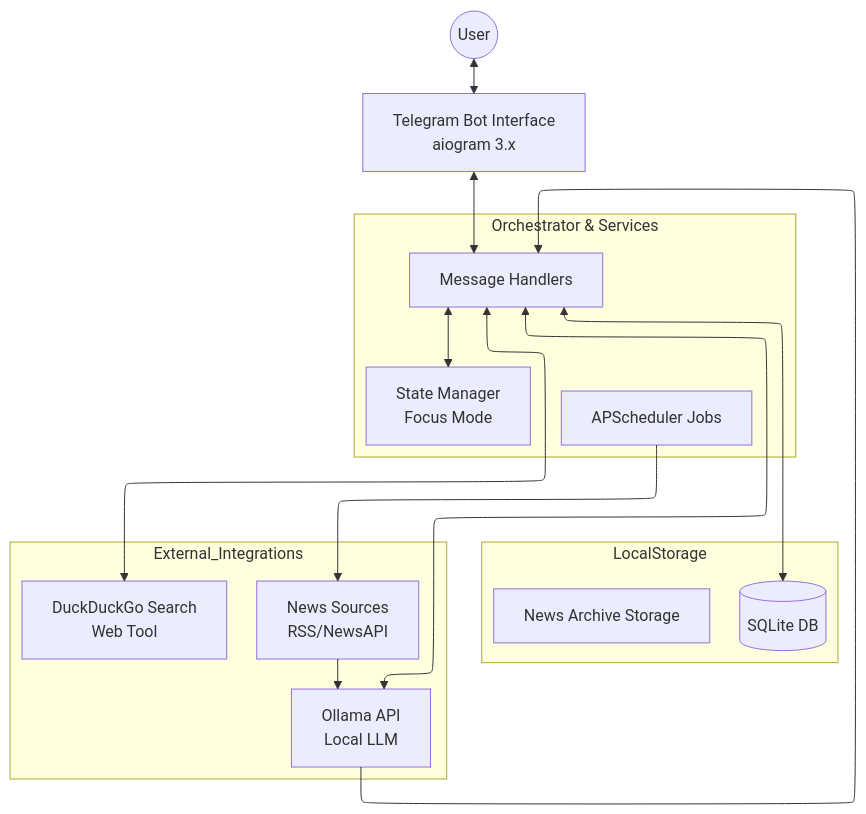
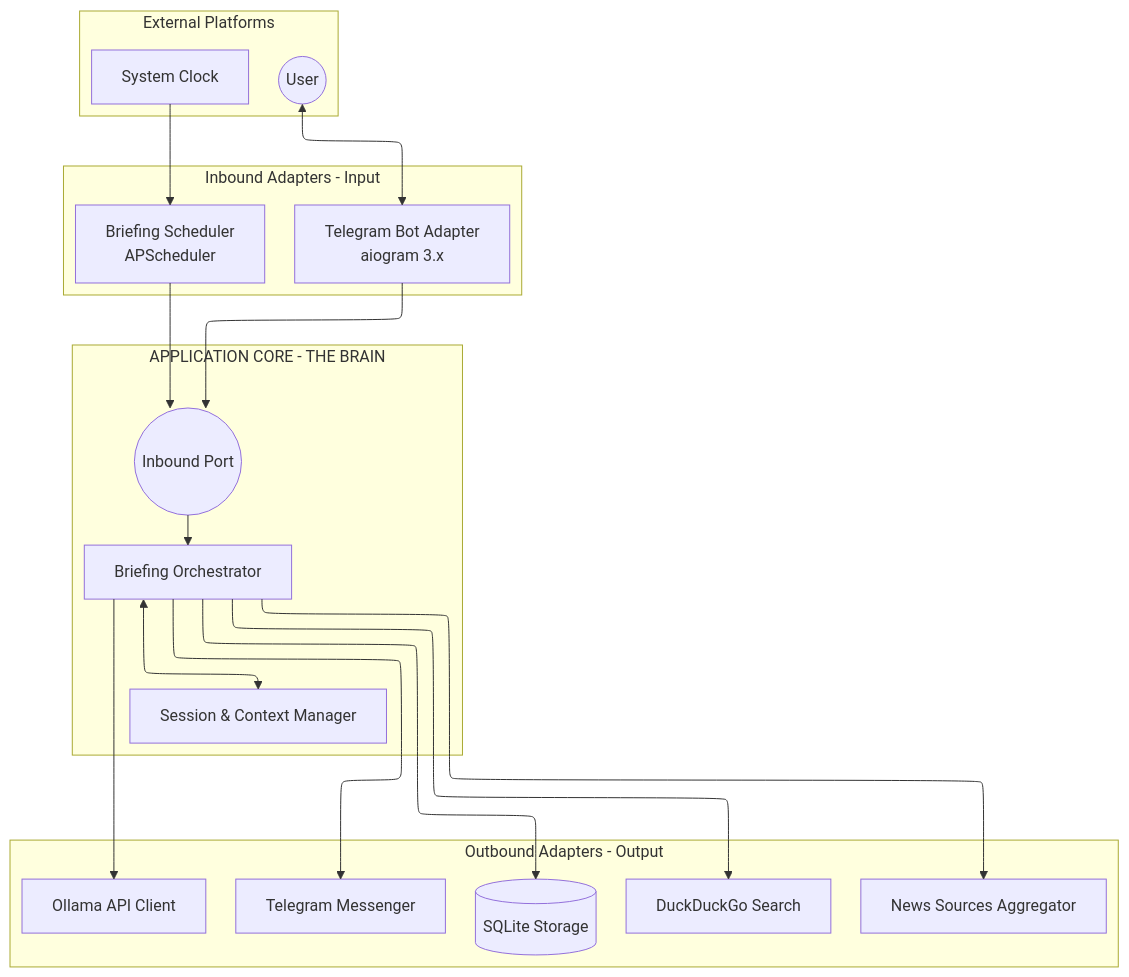
One commit to lebaohungk05/TOOL_DA changed the diagram in ARCHITECTURE.md. Above: the diagram before and after it, drawn with Mermaid. The commit also changed other lines of this file and 25 other files, not shown here.

````diff
--- a/ARCHITECTURE.md
+++ b/ARCHITECTURE.md
@@ -12,32 +14,44 @@
 ```mermaid
 %%{init: {"flowchart": {"defaultRenderer": "elk"}} }%%
 graph TD
-    User((User)) <--> TG[Telegram Bot Interface<br/>aiogram 3.x]
-    
-    subgraph Core_Logic [Orchestrator & Services]
-        Handlers[Message Handlers]
-        FSM[State Manager<br/>Focus Mode]
-        Scheduler[APScheduler Jobs]
+    subgraph Platforms [External Platforms]
+        User((User))
+        Clock[System Clock]
     end
 
-    TG <--> Handlers
-    Handlers <--> FSM
-    
-    subgraph Data_Layer [LocalStorage]
-        DB[(SQLite DB)]
-        Archive[News Archive Storage]
-    end
-    
-    subgraph External_Integrations
-        AI[Ollama API<br/>Local LLM]
-        Search[DuckDuckGo Search<br/>Web Tool]
-        News[News Sources<br/>RSS/NewsAPI]
+    subgraph Adapters_In [Inbound Adapters - Input]
+        TG_In[Telegram Bot Adapter<br/>aiogram 3.x]
+        Sched[Briefing Scheduler<br/>APScheduler]
     end
 
-    Handlers <--> DB
-    Handlers <--> AI
-    Handlers <--> Search
-    Scheduler --> News
-    News --> AI
-    AI --> Handlers
+    subgraph Core [APPLICATION CORE - THE BRAIN]
+        direction TB
+        Port_In((Inbound Port))
+        Orch[Briefing Orchestrator]
+        State[Session & Context Manager]
+        Port_In --> Orch
+        Orch <--> State
+    end
+
+    subgraph Adapters_Out [Outbound Adapters - Output]
+        direction TB
+        TG_Out[Telegram Messenger]
+        DB[(SQLite Storage)]
+        AI[Ollama API Client]
+        Search[DuckDuckGo Search]
+        News[News Sources Aggregator]
+    end
+
+    %% Luồng Vào
+    User <--> TG_In
+    Clock --> Sched
+    TG_In --> Port_In
+    Sched --> Port_In
+
+    %% Luồng Ra
+    Orch --> TG_Out
+    Orch --> DB
+    Orch --> AI
+    Orch --> Search
+    Orch --> News
 ```
````
